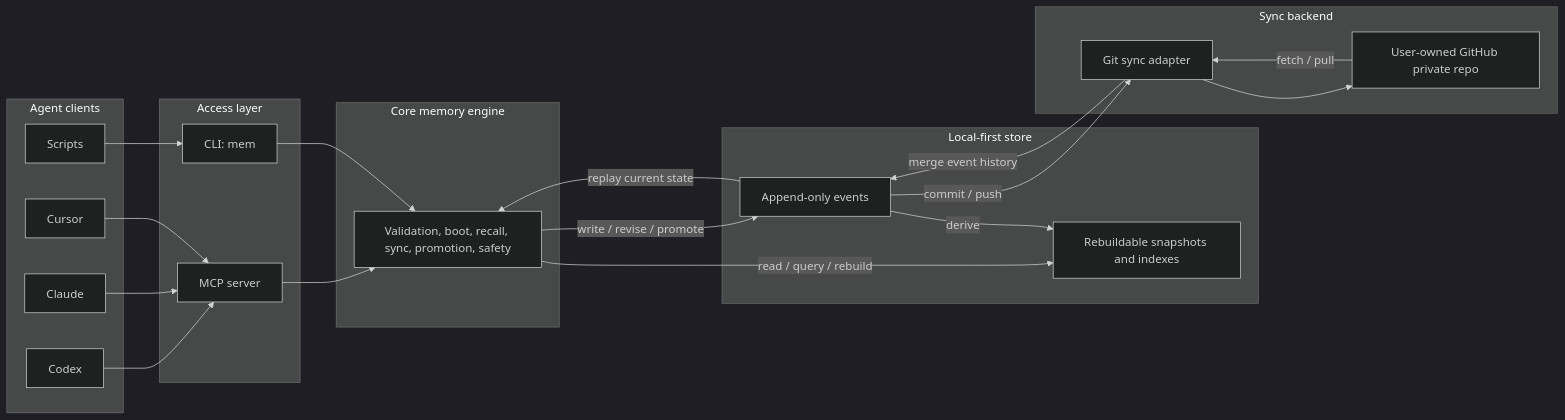
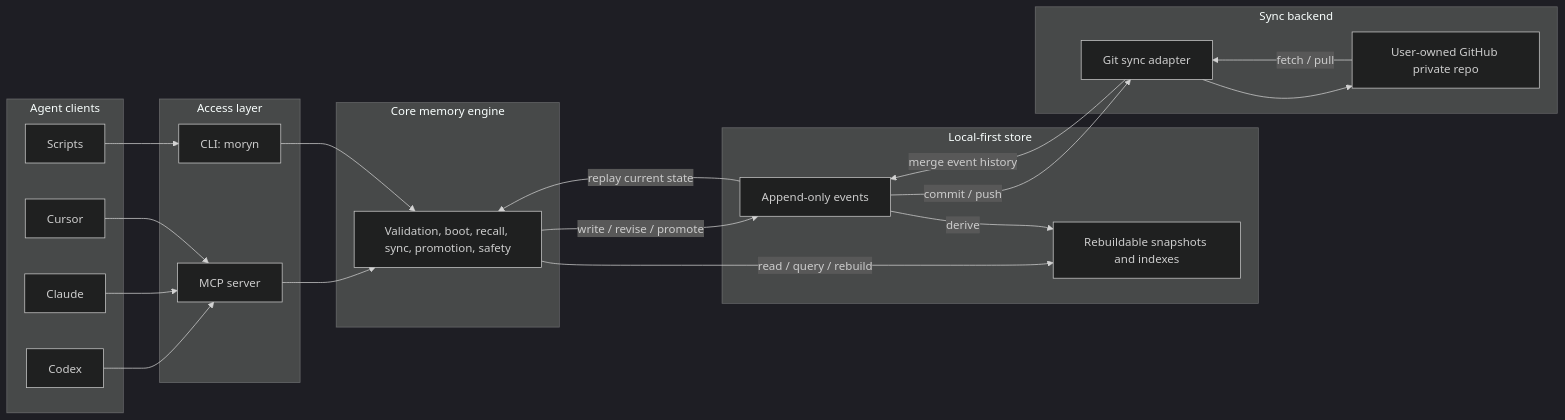
The diagram in README.md (Richardyu114/Memora), drawn with Mermaid (dark theme) before and after one commit. The commit also changed other lines of this file and 35 other files, not shown here.

````diff
--- a/README.md
+++ b/README.md
@@ -37,46 +37,46 @@
 ```mermaid
 flowchart LR
   subgraph ClientLayer["Agent clients"]
     A1["Codex"]
     A2["Claude"]
     A3["Cursor"]
     A4["Scripts"]
   end
 
   subgraph AccessLayer["Access layer"]
     MCP["MCP server"]
-    CLI["CLI: mem"]
+    CLI["CLI: moryn"]
   end
 
   subgraph EngineLayer["Core memory engine"]
     Engine["Validation, boot, recall, sync, promotion, safety"]
   end
 
   subgraph StoreLayer["Local-first store"]
     Events["Append-only events"]
     Derived["Rebuildable snapshots and indexes"]
   end
 
   subgraph SyncLayer["Sync backend"]
     Git["Git sync adapter"]
     GitHub["User-owned GitHub private repo"]
   end
 
   A1 --> MCP
   A2 --> MCP
   A3 --> MCP
   A4 --> CLI
 
   MCP --> Engine
   CLI --> Engine
 
   Engine -->|"write / revise / promote"| Events
   Events -->|"replay current state"| Engine
   Engine -->|"read / query / rebuild"| Derived
   Events -->|"derive"| Derived
 
   Events -->|"commit / push"| Git
   Git --> GitHub
   GitHub -->|"fetch / pull"| Git
   Git -->|"merge event history"| Events
 ```
````
